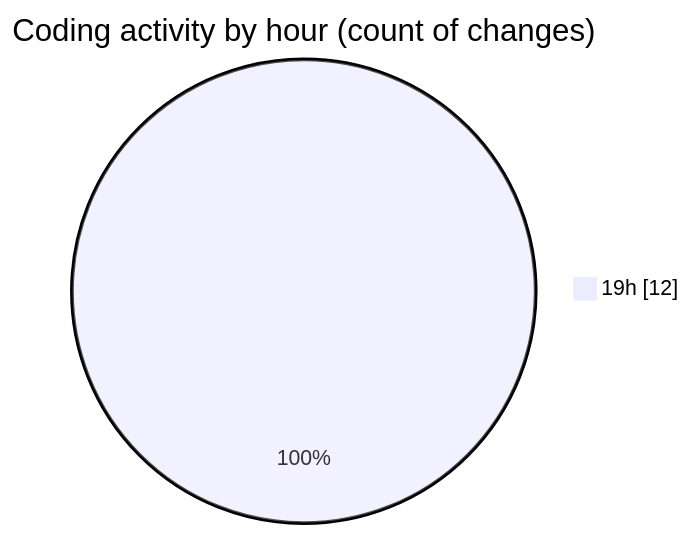
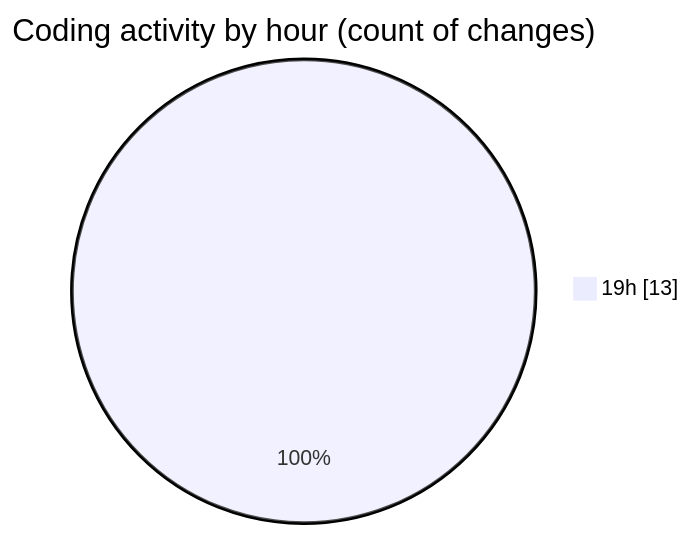
The second of 2 diagrams in 2025-06-20/archive/README.md (JenPaints/code-tracking), drawn with Mermaid before and after one commit. The commit also changed other lines of this file and 1 other file, not shown here.

````diff
--- a/2025-06-20/archive/README.md
+++ b/2025-06-20/archive/README.md
@@ -39,5 +41,5 @@
 ```mermaid
 pie showData
 title Coding activity by hour (count of changes)
-"19h" : 12
+"19h" : 13
 ```
````
